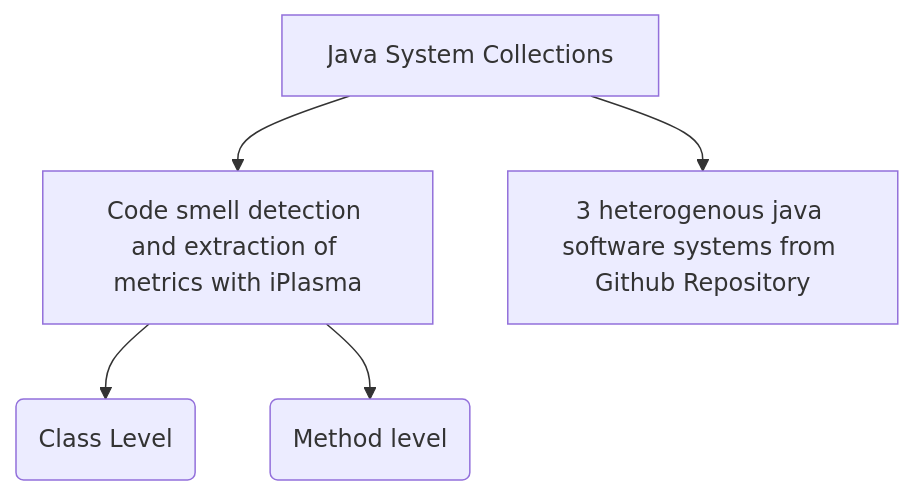
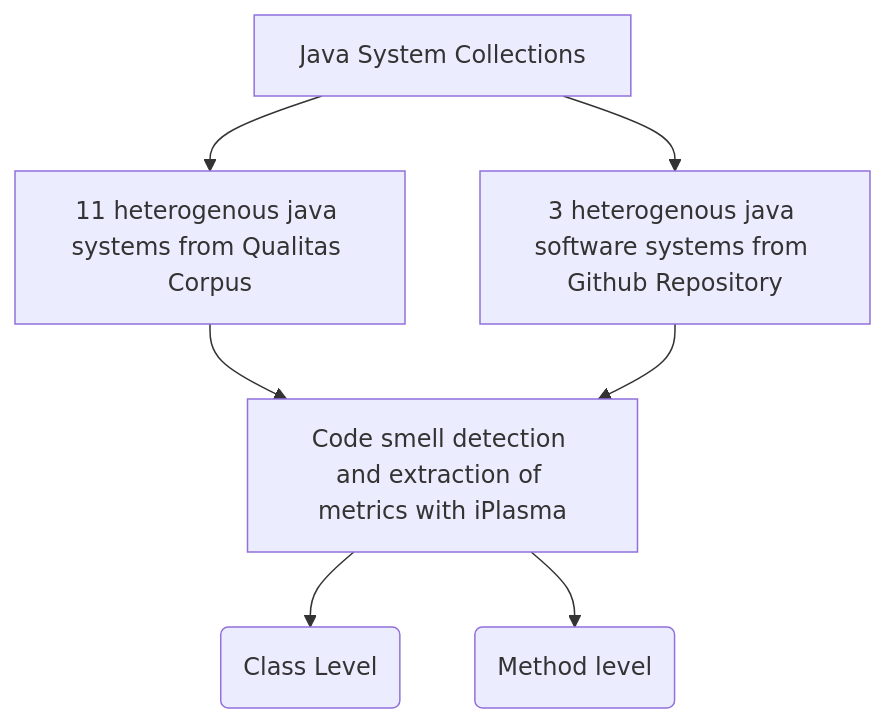
The diagram in README.md (abhilashaojha/CodeSmells), drawn with Mermaid before and after one commit.

````diff
--- a/README.md
+++ b/README.md
@@ -4,7 +4,9 @@
 ```mermaid
 graph TD;
     A[Java System Collections]-->B[11 heterogenous java systems from Qualitas Corpus];
     A[Java System Collections]-->C[3 heterogenous java software systems from Github Repository];
-    B[Code smell detection and extraction of metrics with iPlasma]-->D(Class Level);
-    B[Code smell detection and extraction of metrics with iPlasma]-->E(Method level);
+    B-->D;
+    C-->D;
+    D[Code smell detection and extraction of metrics with iPlasma]-->E(Class Level);
+    D[Code smell detection and extraction of metrics with iPlasma]-->F(Method level);
  ```
````
